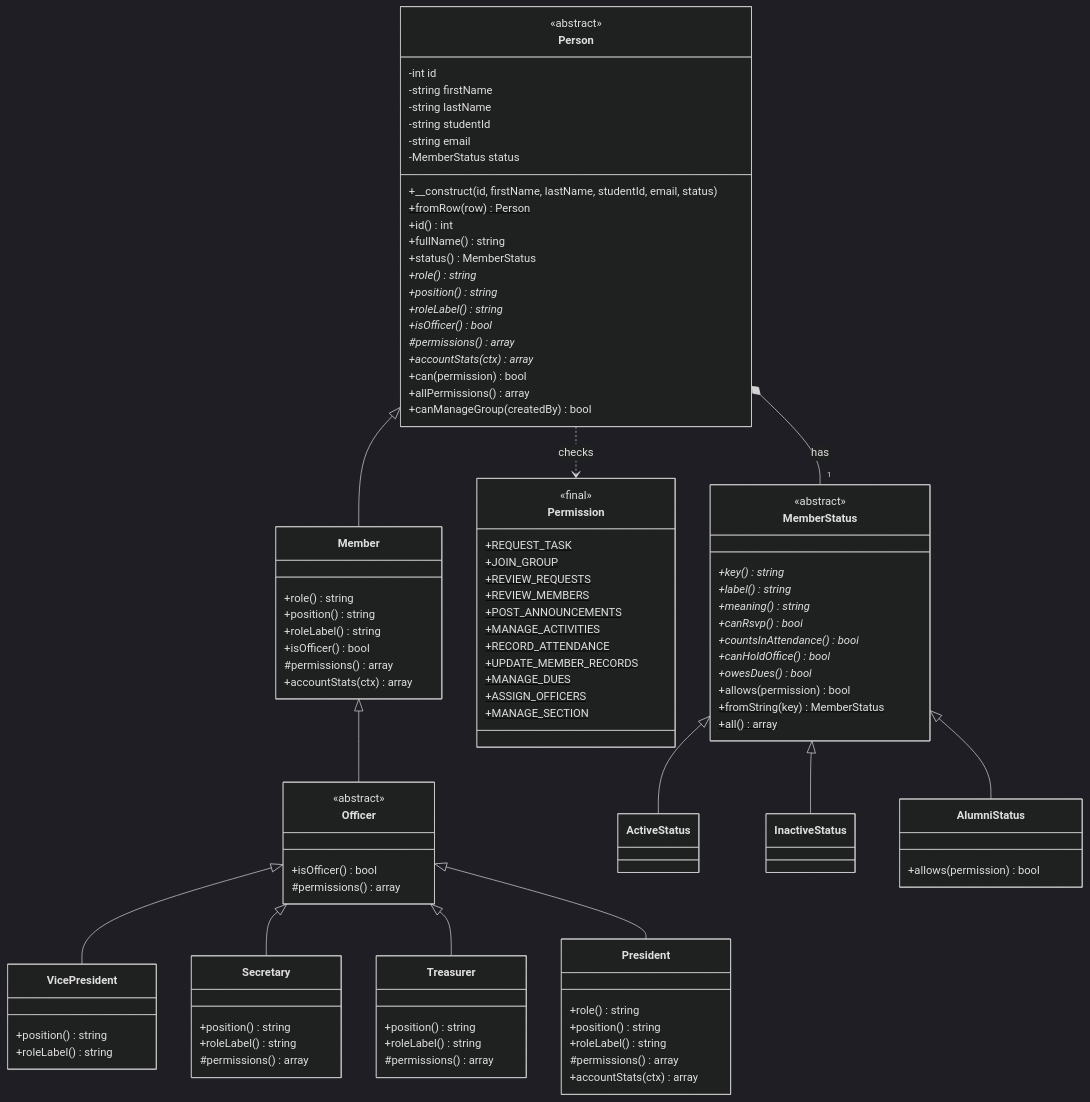
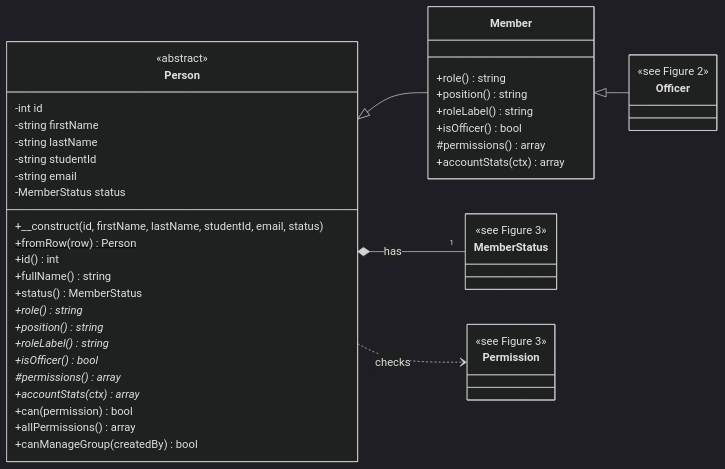
Before and after one commit to rcldvmnl/AcadSync: the first of 25 diagrams in docs/CLASS_DIAGRAM.md, drawn with Mermaid (dark theme). The commit also changed other lines of this file and 2 other files, not shown here.

Commit message:
class diagram

````diff
--- a/docs/CLASS_DIAGRAM.md
+++ b/docs/CLASS_DIAGRAM.md
@@ -13,6 +47,6 @@
 ```mermaid
 classDiagram
-    direction TB
+    direction LR
     class Person {
         <<abstract>>
         -int id
@@ -45,73 +79,16 @@
         +accountStats(ctx) array
     }
     class Officer {
-        <<abstract>>
-        +isOfficer() bool
-        #permissions() array
+        <<see Figure 2>>
     }
-    class VicePresident {
-        +position() string
-        +roleLabel() string
-    }
-    class Secretary {
-        +position() string
-        +roleLabel() string
-        #permissions() array
-    }
-    class Treasurer {
-        +position() string
-        +roleLabel() string
-        #permissions() array
-    }
-    class President {
-        +role() string
-        +position() string
-        +roleLabel() string
-        #permissions() array
-        +accountStats(ctx) array
+    class MemberStatus {
+        <<see Figure 3>>
     }
     class Permission {
-        <<final>>
-        +REQUEST_TASK$
-        +JOIN_GROUP$
-        +REVIEW_REQUESTS$
-        +REVIEW_MEMBERS$
-        +POST_ANNOUNCEMENTS$
-        +MANAGE_ACTIVITIES$
-        +RECORD_ATTENDANCE$
-        +UPDATE_MEMBER_RECORDS$
-        +MANAGE_DUES$
-        +ASSIGN_OFFICERS$
-        +MANAGE_SECTION$
+        <<see Figure 3>>
     }
     Person <|-- Member
     Member <|-- Officer
-    Officer <|-- VicePresident
-    Officer <|-- Secretary
-    Officer <|-- Treasurer
-    Officer <|-- President
+    Person *-- "1" MemberStatus : has
     Person ..> Permission : checks
-
-    class MemberStatus {
-        <<abstract>>
-        +key()* string
-        +label()* string
-        +meaning()* string
-        +canRsvp()* bool
-        +countsInAttendance()* bool
-        +canHoldOffice()* bool
-        +owesDues()* bool
-        +allows(permission) bool
-        +fromString(key)$ MemberStatus
-        +all()$ array
-    }
-    class ActiveStatus
-    class InactiveStatus
-    class AlumniStatus {
-        +allows(permission) bool
-    }
-    MemberStatus <|-- ActiveStatus
-    MemberStatus <|-- InactiveStatus
-    MemberStatus <|-- AlumniStatus
-    Person *-- "1" MemberStatus : has
 ```
````
